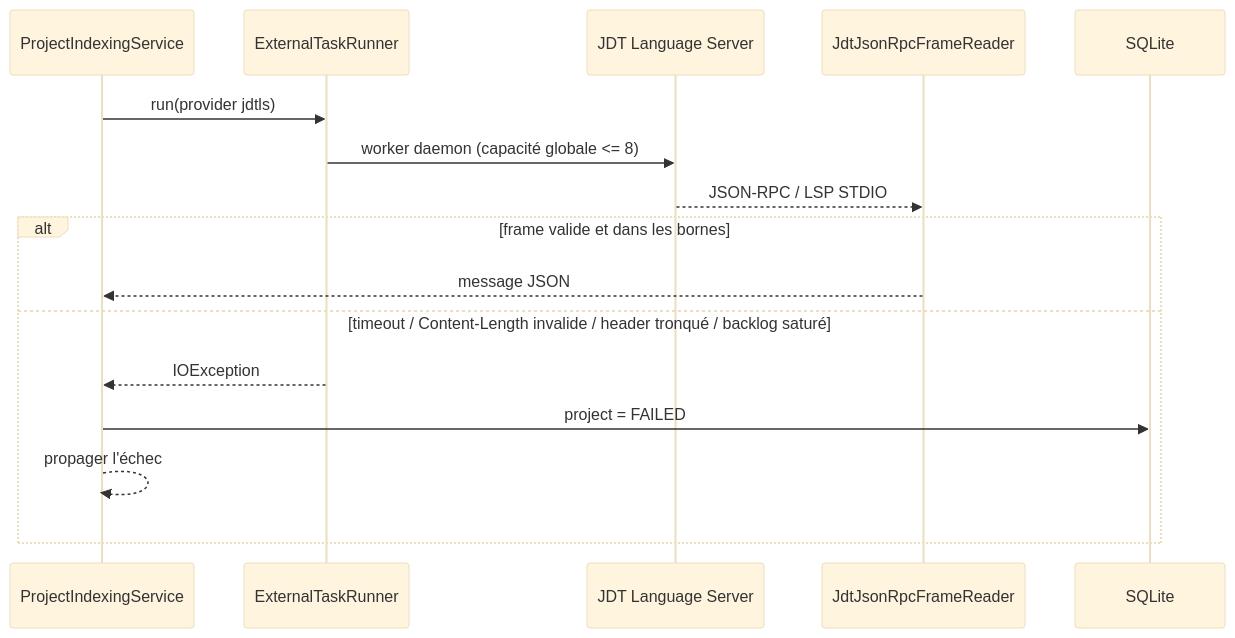
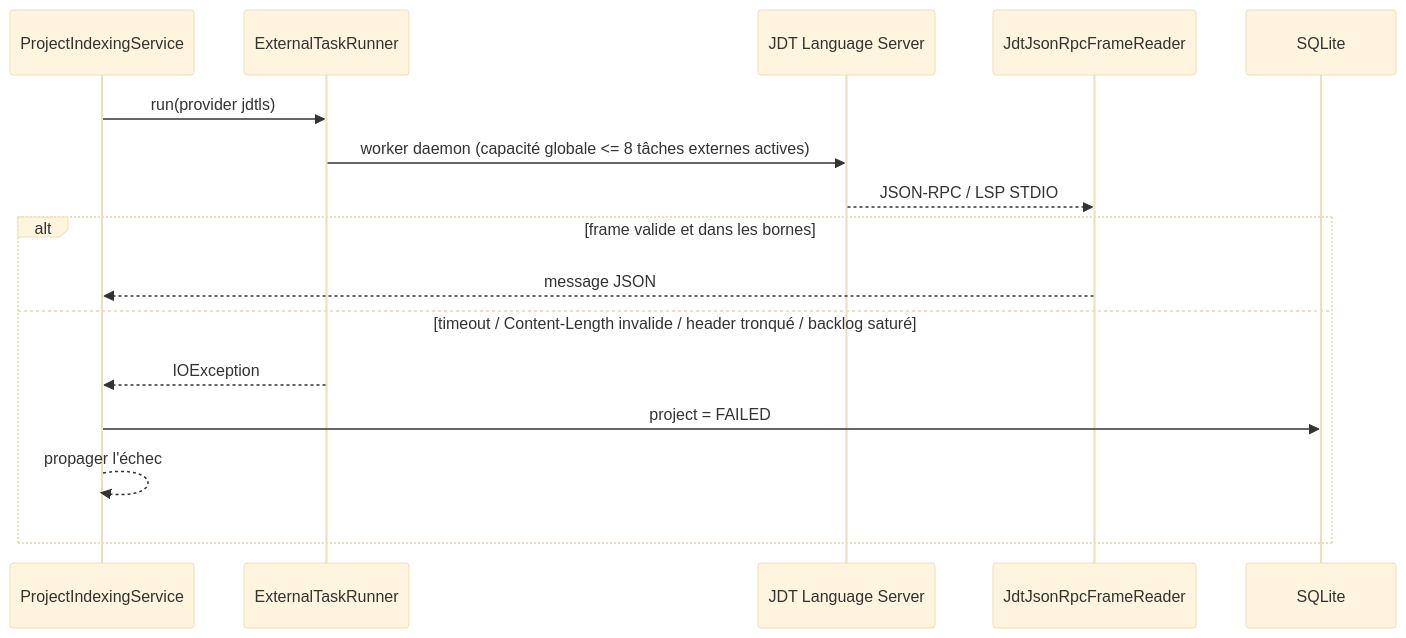
Before and after one commit to FTurleque/nexus-context-engine: the fourth of 8 diagrams in docs/architecture/arc42/06-vue-execution.md, drawn with Mermaid (base theme).

Commit message:
docs(arc42): standardize external task bound wording

````diff
--- a/docs/architecture/arc42/06-vue-execution.md
+++ b/docs/architecture/arc42/06-vue-execution.md
@@ -115,19 +115,19 @@
 ```mermaid
 sequenceDiagram
     participant Index as ProjectIndexingService
     participant Runner as ExternalTaskRunner
     participant JDT as JDT Language Server
     participant Frame as JdtJsonRpcFrameReader
     participant SQLite as SQLite
 
     Index->>Runner: run(provider jdtls)
-    Runner->>JDT: worker daemon (capacité globale <= 8)
+    Runner->>JDT: worker daemon (capacité globale <= 8 tâches externes actives)
     JDT-->>Frame: JSON-RPC / LSP STDIO
     alt frame valide et dans les bornes
         Frame-->>Index: message JSON
     else timeout / Content-Length invalide / header tronqué / backlog saturé
         Runner-->>Index: IOException
         Index->>SQLite: project = FAILED
         Index-->>Index: propager l'échec
     end
 ```
````
